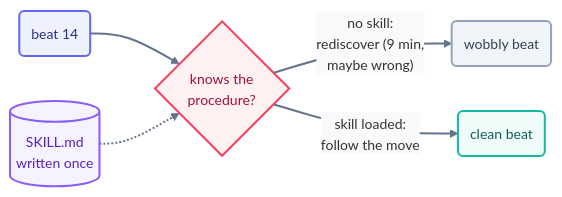
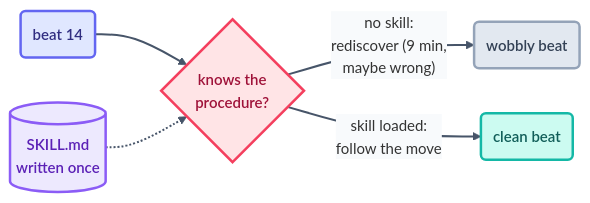
One commit to ayeshakhalid192007-dev/LoopEngineering-CrashCourse changed the second of 2 diagrams in docs/05-part-3-the-body/09-skills.md. Above: the diagram before and after it, drawn with Mermaid. The commit also changed other lines of this file and 66 other files, not shown here.

First line of the commit message:
docs(diagrams): visibly bolder pass — deeper fills, heavier strokes, semibold labels

````diff
--- a/docs/05-part-3-the-body/09-skills.md
+++ b/docs/05-part-3-the-body/09-skills.md
@@ -69,14 +69,14 @@
 ```mermaid
-%%{init: {'theme':'base','themeVariables':{'fontFamily':'ui-sans-serif, system-ui, sans-serif','fontSize':'14px','lineColor':'#64748b','edgeLabelBackground':'#f8fafc'},'flowchart':{'curve':'basis','nodeSpacing':45,'rankSpacing':55,'padding':12}}}%%
+%%{init: {'theme':'base','themeVariables':{'fontFamily':'ui-sans-serif, system-ui, sans-serif','fontSize':'15px','lineColor':'#475569','edgeLabelBackground':'#f8fafc'},'flowchart':{'curve':'basis','nodeSpacing':45,'rankSpacing':55,'padding':12}}}%%
 flowchart LR
     B1("beat 14"):::beat --> CS{"knows the<br/>procedure?"}:::limit
     CS -->|"no skill:<br/>rediscover (9 min,<br/>maybe wrong)"| W1("wobbly beat"):::stop
     CS -->|"skill loaded:<br/>follow the move"| W2("clean beat"):::win
     SK[("SKILL.md<br/>written once")]:::cfg -.-> CS
-    linkStyle default stroke:#64748b,stroke-width:2px;
-    classDef beat fill:#eef2ff,stroke:#6366f1,stroke-width:2px,color:#312e81;
-    classDef limit fill:#fff1f2,stroke:#f43f5e,stroke-width:2px,color:#9f1239;
-    classDef cfg fill:#f5f3ff,stroke:#8b5cf6,stroke-width:2px,color:#5b21b6;
-    classDef stop fill:#f1f5f9,stroke:#94a3b8,stroke-width:2px,color:#334155;
-    classDef win fill:#effcf9,stroke:#14b8a6,stroke-width:2px,color:#115e59;
+    linkStyle default stroke:#475569,stroke-width:2px;
+    classDef beat fill:#e0e7ff,stroke:#6366f1,stroke-width:2.5px,color:#312e81,font-weight:600;
+    classDef limit fill:#ffe4e6,stroke:#f43f5e,stroke-width:2.5px,color:#9f1239,font-weight:600;
+    classDef cfg fill:#ede9fe,stroke:#8b5cf6,stroke-width:2.5px,color:#5b21b6,font-weight:600;
+    classDef stop fill:#e2e8f0,stroke:#94a3b8,stroke-width:2.5px,color:#334155,font-weight:600;
+    classDef win fill:#ccfbf1,stroke:#14b8a6,stroke-width:2.5px,color:#115e59,font-weight:600;
 ```
````
